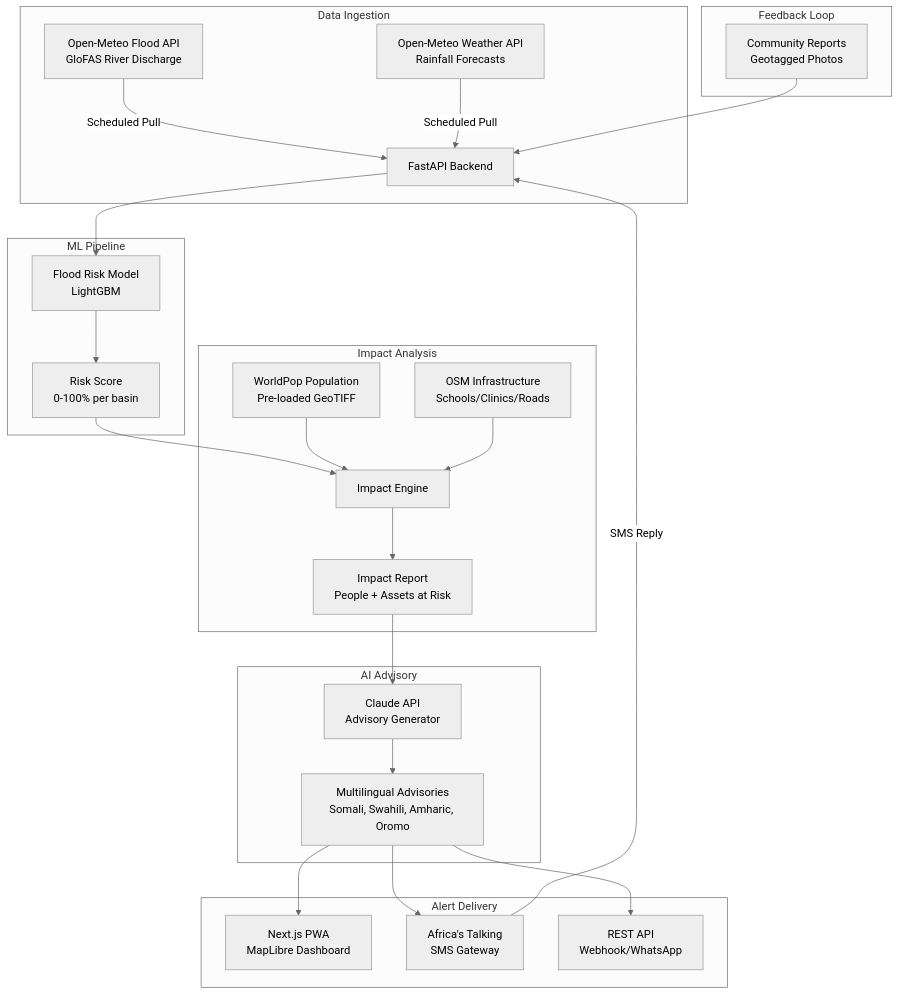
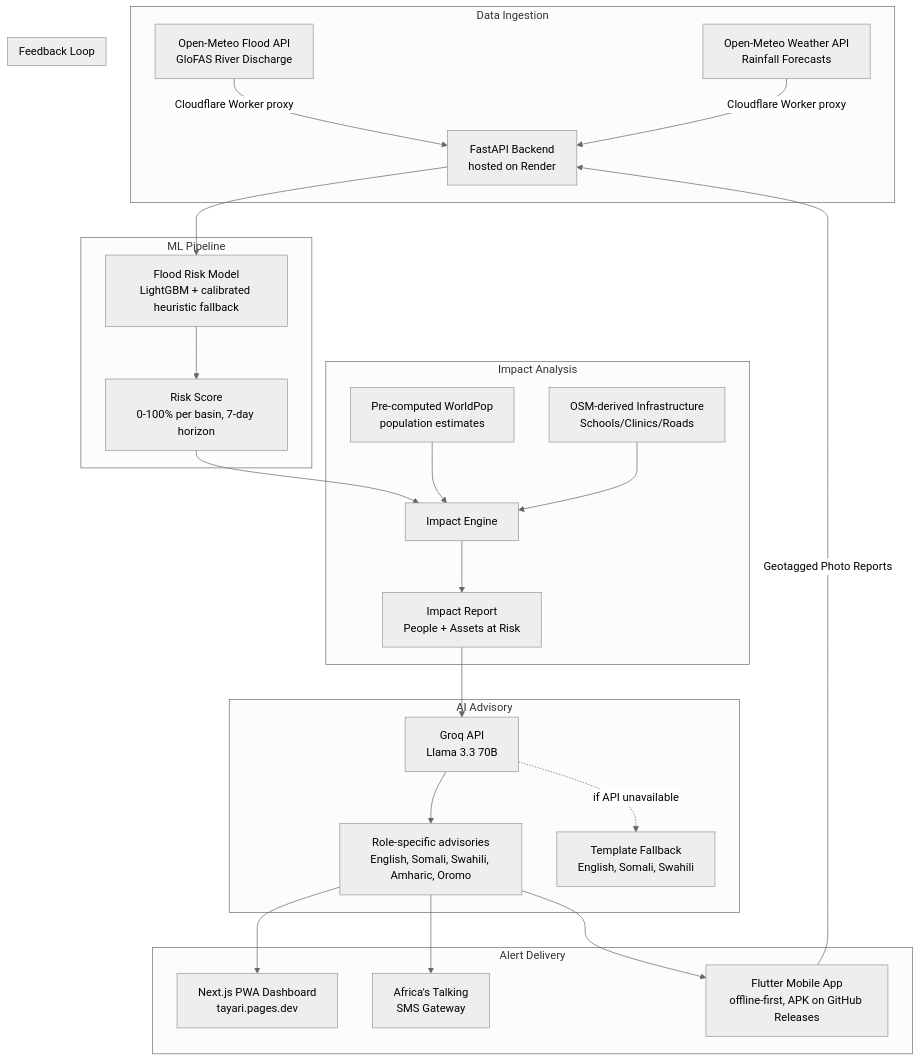
One commit to Raul909/Tayari changed the diagram in README.md. Above: the diagram before and after it, drawn with Mermaid (neutral theme). The commit also changed other lines of this file, not shown here.

First line of the commit message:
Align README with actual architecture, add cause framing and free live URL

````diff
--- a/README.md
+++ b/README.md
@@ -26,35 +43,35 @@
 ```mermaid
 graph TD
     subgraph Data Ingestion
-        A[Open-Meteo Flood API<br/>GloFAS River Discharge] -->|Scheduled Pull| B[FastAPI Backend]
-        A2[Open-Meteo Weather API<br/>Rainfall Forecasts] -->|Scheduled Pull| B
+        A[Open-Meteo Flood API<br/>GloFAS River Discharge] -->|Cloudflare Worker proxy| B[FastAPI Backend<br/>hosted on Render]
+        A2[Open-Meteo Weather API<br/>Rainfall Forecasts] -->|Cloudflare Worker proxy| B
     end
 
     subgraph ML Pipeline
-        B --> C[Flood Risk Model<br/>LightGBM]
-        C --> D[Risk Score<br/>0-100% per basin]
+        B --> C[Flood Risk Model<br/>LightGBM + calibrated heuristic fallback]
+        C --> D[Risk Score<br/>0-100% per basin, 7-day horizon]
     end
 
     subgraph Impact Analysis
         D --> E[Impact Engine]
-        F[WorldPop Population<br/>Pre-loaded GeoTIFF] --> E
-        G[OSM Infrastructure<br/>Schools/Clinics/Roads] --> E
+        F[Pre-computed WorldPop<br/>population estimates] --> E
+        G[OSM-derived Infrastructure<br/>Schools/Clinics/Roads] --> E
         E --> H[Impact Report<br/>People + Assets at Risk]
     end
 
     subgraph AI Advisory
-        H --> I[Claude API<br/>Advisory Generator]
-        I --> J[Multilingual Advisories<br/>Somali, Swahili, Amharic, Oromo]
+        H --> I[Groq API<br/>Llama 3.3 70B]
+        I --> J[Role-specific advisories<br/>English, Somali, Swahili, Amharic, Oromo]
+        I -.->|if API unavailable| T[Template Fallback<br/>English, Somali, Swahili]
     end
 
     subgraph Alert Delivery
-        J --> K[Next.js PWA<br/>MapLibre Dashboard]
+        J --> K[Next.js PWA Dashboard<br/>tayari.pages.dev]
         J --> L[Africa's Talking<br/>SMS Gateway]
-        J --> M[REST API<br/>Webhook/WhatsApp]
+        J --> M[Flutter Mobile App<br/>offline-first, APK on GitHub Releases]
     end
 
     subgraph Feedback Loop
-        N[Community Reports<br/>Geotagged Photos] --> B
-        L -->|SMS Reply| B
+        M -->|Geotagged Photo Reports| B
     end
 ```
````
